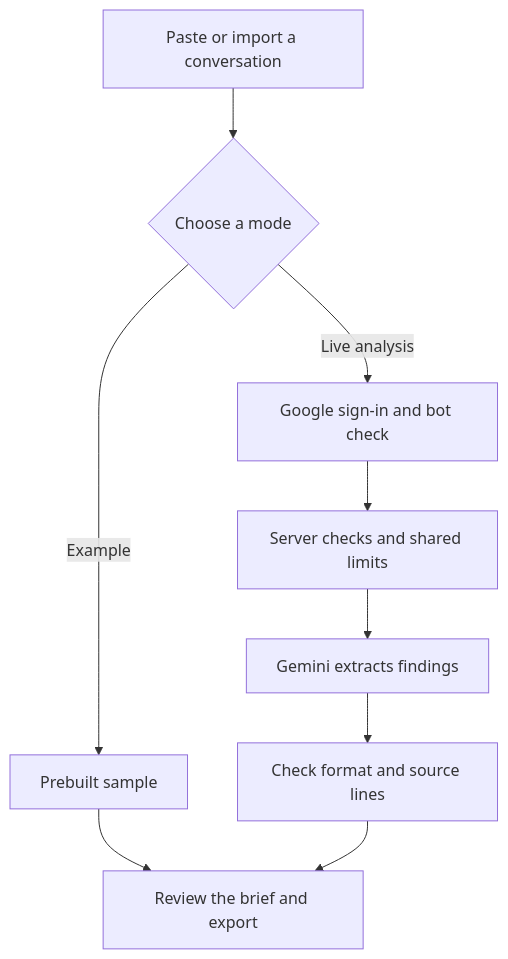
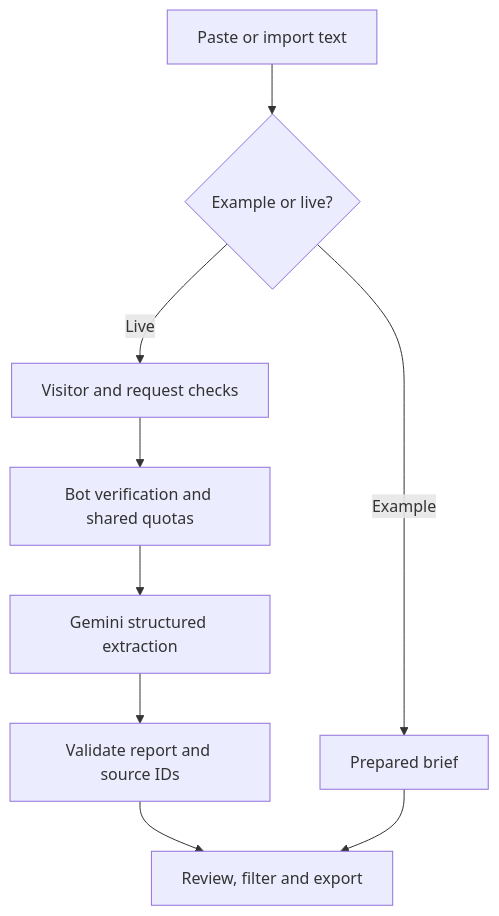
One commit to jeffyoh312/threadmark changed the diagram in README.md. Above: the diagram before and after it, drawn with Mermaid. The commit also changed other lines of this file and 39 other files, not shown here.

````diff
--- a/README.md
+++ b/README.md
@@ -91,11 +82,11 @@
 ```mermaid
 flowchart TD
-  A["Paste or import a conversation"] --> B{"Choose a mode"}
-  B -->|"Example"| C["Prebuilt sample"]
-  B -->|"Live analysis"| D["Google sign-in and bot check"]
-  D --> E["Server checks and shared limits"]
-  E --> F["Gemini extracts findings"]
-  F --> G["Check format and source lines"]
-  C --> H["Review the brief and export"]
-  G --> H
+  A["Paste or import text"] --> B{"Example or live?"}
+  B -->|Example| C["Prepared brief"]
+  B -->|Live| D["Visitor and request checks"]
+  D --> E["Bot verification and shared quotas"]
+  E --> F["Gemini structured extraction"]
+  F --> G["Validate report and source IDs"]
+  G --> H["Review, filter and export"]
+  C --> H
 ```
````
